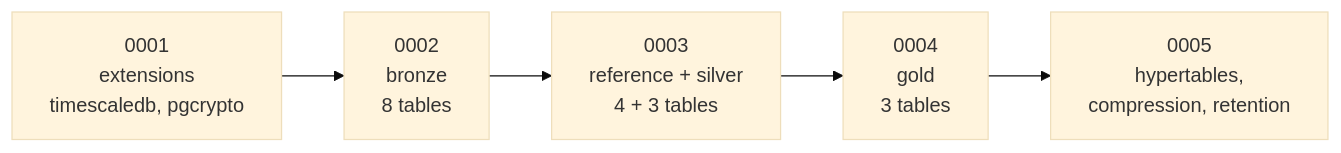
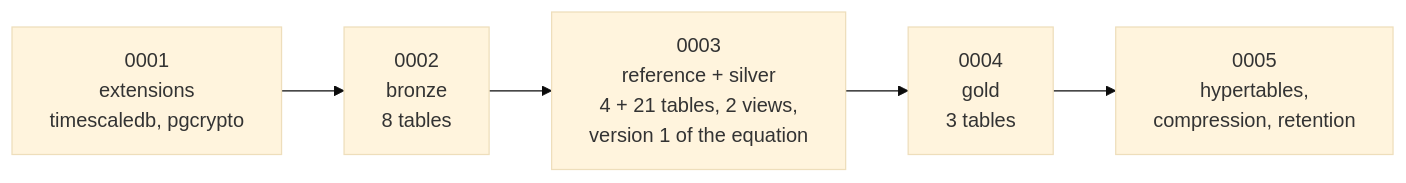
The ninth of 10 diagrams in docs/database_overview.md (juanpablocarrillohortua/clarios_app), drawn with Mermaid (base theme) before and after one commit. The commit also changed other lines of this file and 21 other files, not shown here.

````diff
--- a/docs/database_overview.md
+++ b/docs/database_overview.md
@@ -495,9 +652,9 @@
 ```mermaid
 flowchart LR
     m1["0001<br/>extensions<br/>timescaledb, pgcrypto"]
     m2["0002<br/>bronze<br/>8 tables"]
-    m3["0003<br/>reference + silver<br/>4 + 3 tables"]
+    m3["0003<br/>reference + silver<br/>4 + 21 tables, 2 views,<br/>version 1 of the equation"]
     m4["0004<br/>gold<br/>3 tables"]
     m5["0005<br/>hypertables,<br/>compression, retention"]
     m1 --> m2 --> m3 --> m4 --> m5
 ```
````
